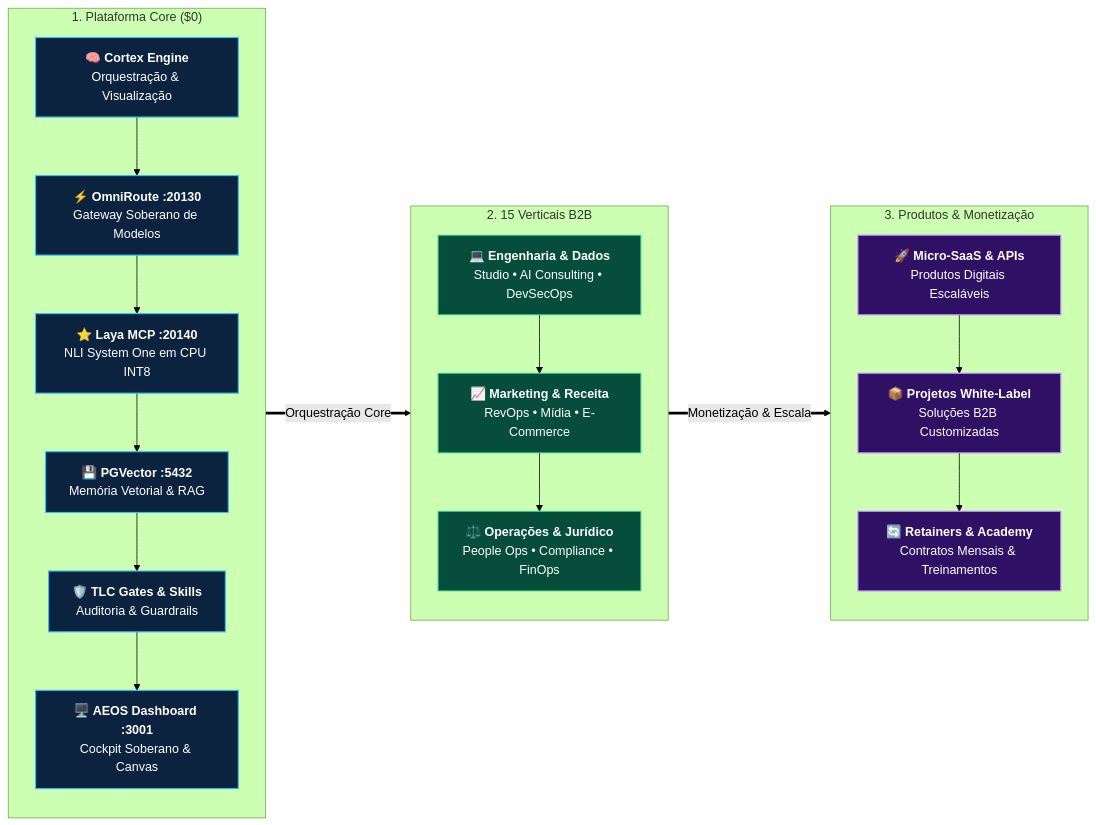
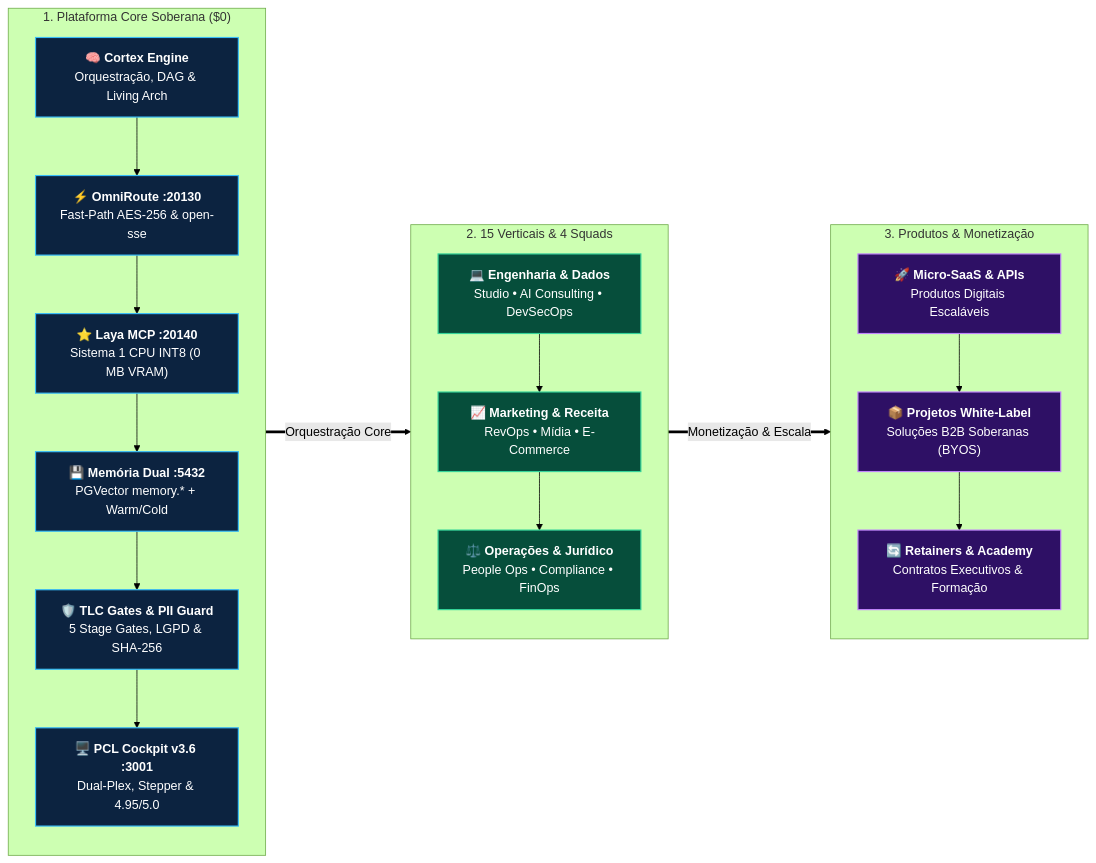
One commit to EnterDufter/PromptCoreLabs_AEOS changed the first of 6 diagrams in README.md. Above: the diagram before and after it, drawn with Mermaid (forest theme). The commit also changed other lines of this file and 34 other files, not shown here.

First line of the commit message:
docs(aeos-v3.6): upgrade complete repository & Living Architecture portal with pure UTF-8, Dual-Track narrative & Cortex v7 diagrams

````diff
--- a/README.md
+++ b/README.md
@@ -67,36 +68,35 @@
 ```mermaid
 flowchart LR
     classDef platform fill:#0c2340,stroke:#38bdf8,stroke-width:1.5px,color:#ffffff;
-    classDef verticals fill:#064e3b,stroke:#34d399,stroke-width:1.2px,color:#ffffff;
+    classDef verticals fill:#064e3b,stroke:#34d399,stroke-width:1.5px,color:#ffffff;
     classDef products fill:#2e1065,stroke:#c084fc,stroke-width:1.5px,color:#ffffff;
 
-    subgraph Camada1 ["1. Plataforma Core ($0)"]
+    subgraph Camada1 ["1. Plataforma Core Soberana ($0)"]
         direction TB
-        P1["🧠 <b>Cortex Engine</b><br/>Orquestração & Visualização"]:::platform
-        P2["⚡ <b>OmniRoute :20130</b><br/>Gateway Soberano de Modelos"]:::platform
-        P3["⭐ <b>Laya MCP :20140</b><br/>NLI System One em CPU INT8"]:::platform
-        P4["💾 <b>PGVector :5432</b><br/>Memória Vetorial & RAG"]:::platform
-        P5["🛡️ <b>TLC Gates & Skills</b><br/>Auditoria & Guardrails"]:::platform
-        P6["🖥️ <b>AEOS Dashboard :3001</b><br/>Cockpit Soberano & Canvas"]:::platform
+        P1["<b>🧠 Cortex Engine</b><br/>Orquestração, DAG & Living Arch"]:::platform
+        P2["<b>⚡ OmniRoute :20130</b><br/>Fast-Path AES-256 & open-sse"]:::platform
+        P3["<b>⭐ Laya MCP :20140</b><br/>Sistema 1 CPU INT8 (0 MB VRAM)"]:::platform
+        P4["<b>💾 Memória Dual :5432</b><br/>PGVector memory.* + Warm/Cold"]:::platform
+        P5["<b>🛡️ TLC Gates & PII Guard</b><br/>5 Stage Gates, LGPD & SHA-256"]:::platform
+        P6["<b>🖥️ PCL Cockpit v3.6 :3001</b><br/>Dual-Plex, Stepper & 4.95/5.0"]:::platform
         P1 --> P2 --> P3 --> P4 --> P5 --> P6
     end
 
-    subgraph Camada2 ["2. 15 Verticais B2B"]
+    subgraph Camada2 ["2. 15 Verticais & 4 Squads"]
         direction TB
-        V1["💻 <b>Engenharia & Dados</b><br/>Studio • AI Consulting • DevSecOps"]:::verticals
-        V2["📈 <b>Marketing & Receita</b><br/>RevOps • Mídia • E-Commerce"]:::verticals
-        V3["⚖️ <b>Operações & Jurídico</b><br/>People Ops • Compliance • FinOps"]:::verticals
+        V1["<b>💻 Engenharia & Dados</b><br/>Studio • AI Consulting • DevSecOps"]:::verticals
+        V2["<b>📈 Marketing & Receita</b><br/>RevOps • Mídia • E-Commerce"]:::verticals
+        V3["<b>⚖️ Operações & Jurídico</b><br/>People Ops • Compliance • FinOps"]:::verticals
         V1 --> V2 --> V3
     end
 
     subgraph Camada3 ["3. Produtos & Monetização"]
         direction TB
-        M1["🚀 <b>Micro-SaaS & APIs</b><br/>Produtos Digitais Escaláveis"]:::products
-        M2["📦 <b>Projetos White-Label</b><br/>Soluções B2B Customizadas"]:::products
-        M3["🔄 <b>Retainers & Academy</b><br/>Contratos Mensais & Treinamentos"]:::products
+        M1["<b>🚀 Micro-SaaS & APIs</b><br/>Produtos Digitais Escaláveis"]:::products
+        M2["<b>📦 Projetos White-Label</b><br/>Soluções B2B Soberanas (BYOS)"]:::products
+        M3["<b>🔄 Retainers & Academy</b><br/>Contratos Executivos & Formação"]:::products
         M1 --> M2 --> M3
     end
 
-    Camada1 ==>|"Orquestração Core"| Camada2
-    Camada2 ==>|"Monetização & Escala"| Camada3
+    Camada1 ==>|"Orquestração Core"| Camada2 ==>|"Monetização & Escala"| Camada3
 ```
````
